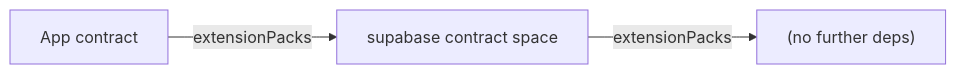
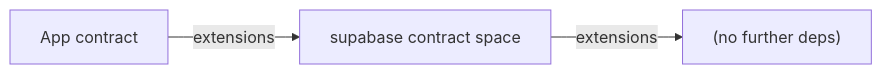
Before and after one commit to prisma/prisma-next: the second of 2 diagrams in docs/architecture docs/subsystems/6. Ecosystem Extensions & Packs.md, drawn with Mermaid. The commit also changed other lines of this file and 888 other files, not shown here.

First line of the commit message:
TML-2462: rename `extensionPacks` → `extensions`; freeze-window config-key sweep (#1032)

````diff
--- a/docs/architecture docs/subsystems/6. Ecosystem Extensions & Packs.md
+++ b/docs/architecture docs/subsystems/6. Ecosystem Extensions & Packs.md
@@ -340,5 +340,5 @@
 ```mermaid
 flowchart LR
-  App["App contract"] -- extensionPacks --> Supabase["supabase contract space"]
-  Supabase -- extensionPacks --> Base["(no further deps)"]
+  App["App contract"] -- extensions --> Supabase["supabase contract space"]
+  Supabase -- extensions --> Base["(no further deps)"]
 ```
````
